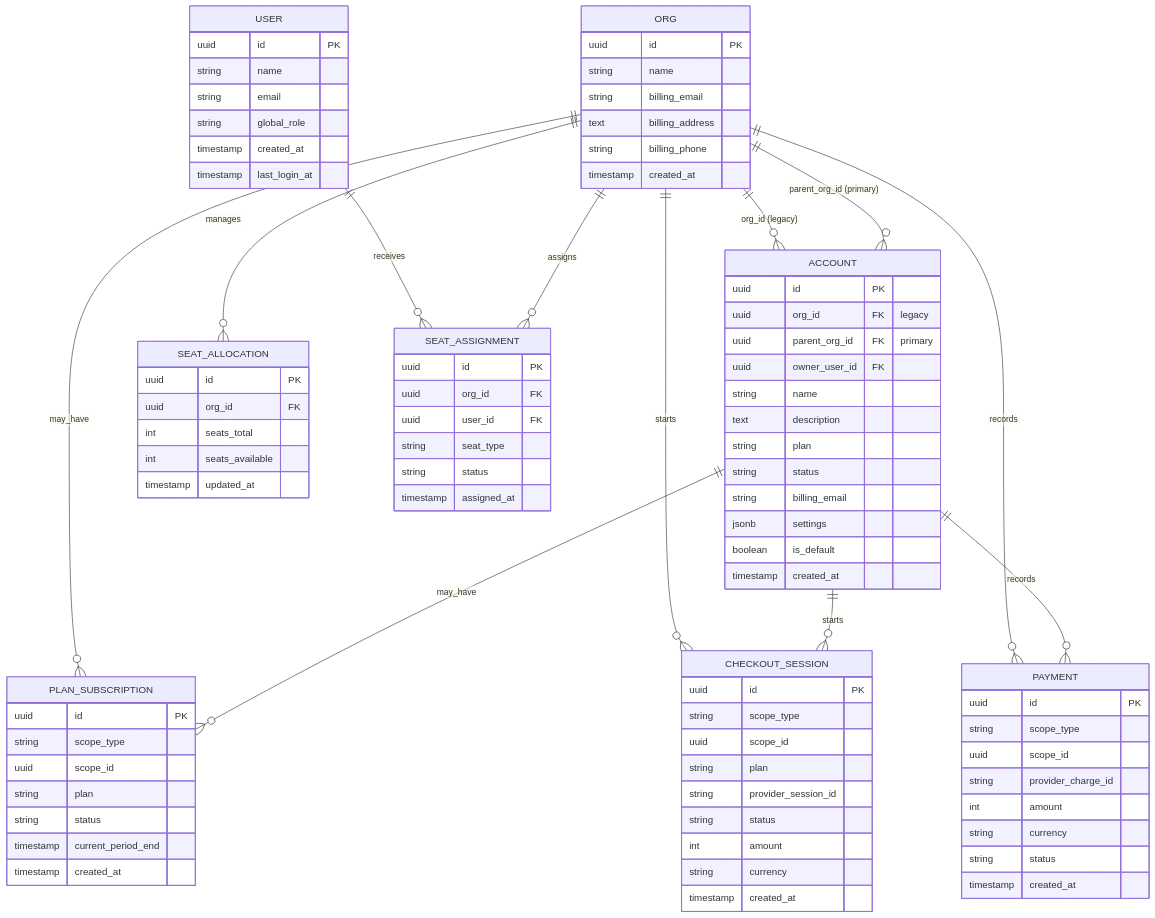
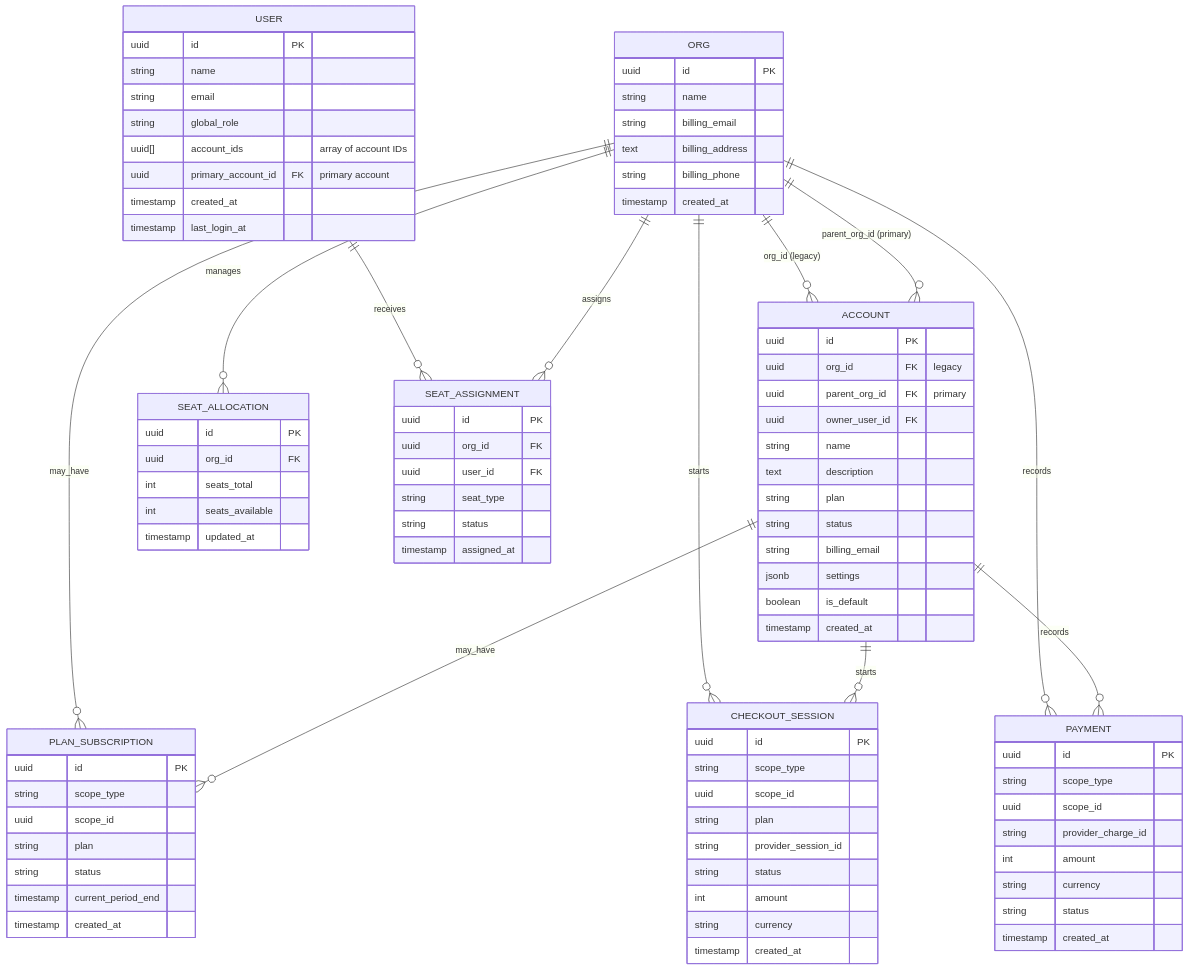
One commit to simply-simpy/song-craft-mono changed the diagram in diagrams/09-db/billing-subscriptions-erd.mermaid. Above: the diagram before and after it, drawn with Mermaid. The commit also changed 6 other files, not shown here.

```diff
--- a/diagrams/09-db/billing-subscriptions-erd.mermaid
+++ b/diagrams/09-db/billing-subscriptions-erd.mermaid
@@ -1,95 +1,97 @@
 erDiagram
   ACCOUNT {
     uuid id PK
     uuid org_id FK "legacy"
     uuid parent_org_id FK "primary"
     uuid owner_user_id FK
     string name
     text description
     string plan
     string status
     string billing_email
     jsonb settings
     boolean is_default
     timestamp created_at
   }
 
   ORG {
     uuid id PK
     string name
     string billing_email
     text billing_address
     string billing_phone
     timestamp created_at
   }
 
   PLAN_SUBSCRIPTION {
     uuid id PK
     string scope_type
     uuid scope_id
     string plan
     string status
     timestamp current_period_end
     timestamp created_at
   }
 
   CHECKOUT_SESSION {
     uuid id PK
     string scope_type
     uuid scope_id
     string plan
     string provider_session_id
     string status
     int amount
     string currency
     timestamp created_at
   }
 
   PAYMENT {
     uuid id PK
     string scope_type
     uuid scope_id
     string provider_charge_id
     int amount
     string currency
     string status
     timestamp created_at
   }
 
   SEAT_ALLOCATION {
     uuid id PK
     uuid org_id FK
     int seats_total
     int seats_available
     timestamp updated_at
   }
 
   SEAT_ASSIGNMENT {
     uuid id PK
     uuid org_id FK
     uuid user_id FK
     string seat_type
     string status
     timestamp assigned_at
   }
 
   USER {
     uuid id PK
     string name
     string email
     string global_role
+    uuid[] account_ids "array of account IDs"
+    uuid primary_account_id FK "primary account"
     timestamp created_at
     timestamp last_login_at
   }
 
   ACCOUNT ||--o{ PLAN_SUBSCRIPTION : may_have
   ORG ||--o{ PLAN_SUBSCRIPTION : may_have
   ACCOUNT ||--o{ CHECKOUT_SESSION : starts
   ORG ||--o{ CHECKOUT_SESSION : starts
   ACCOUNT ||--o{ PAYMENT : records
   ORG ||--o{ PAYMENT : records
   ORG ||--o{ SEAT_ALLOCATION : manages
   ORG ||--o{ SEAT_ASSIGNMENT : assigns
   USER ||--o{ SEAT_ASSIGNMENT : receives
   ORG ||--o{ ACCOUNT : "parent_org_id (primary)"
   ORG ||--o{ ACCOUNT : "org_id (legacy)"
```
